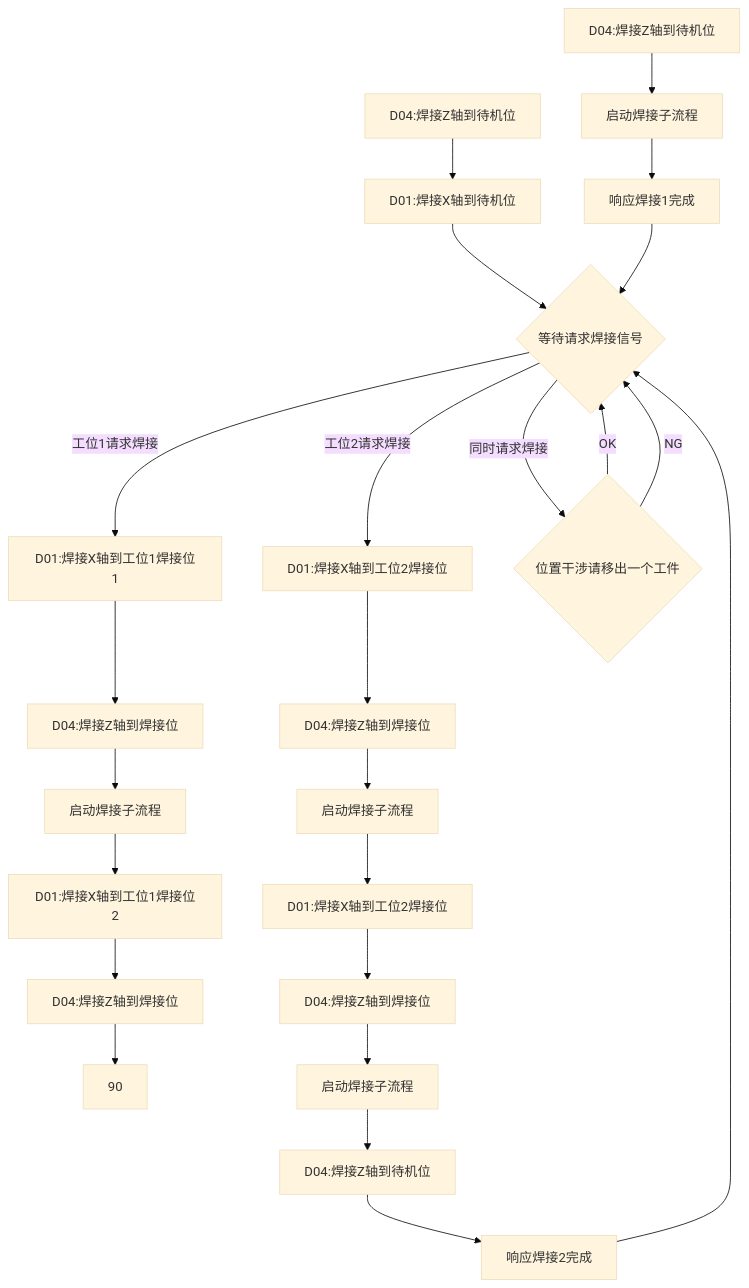
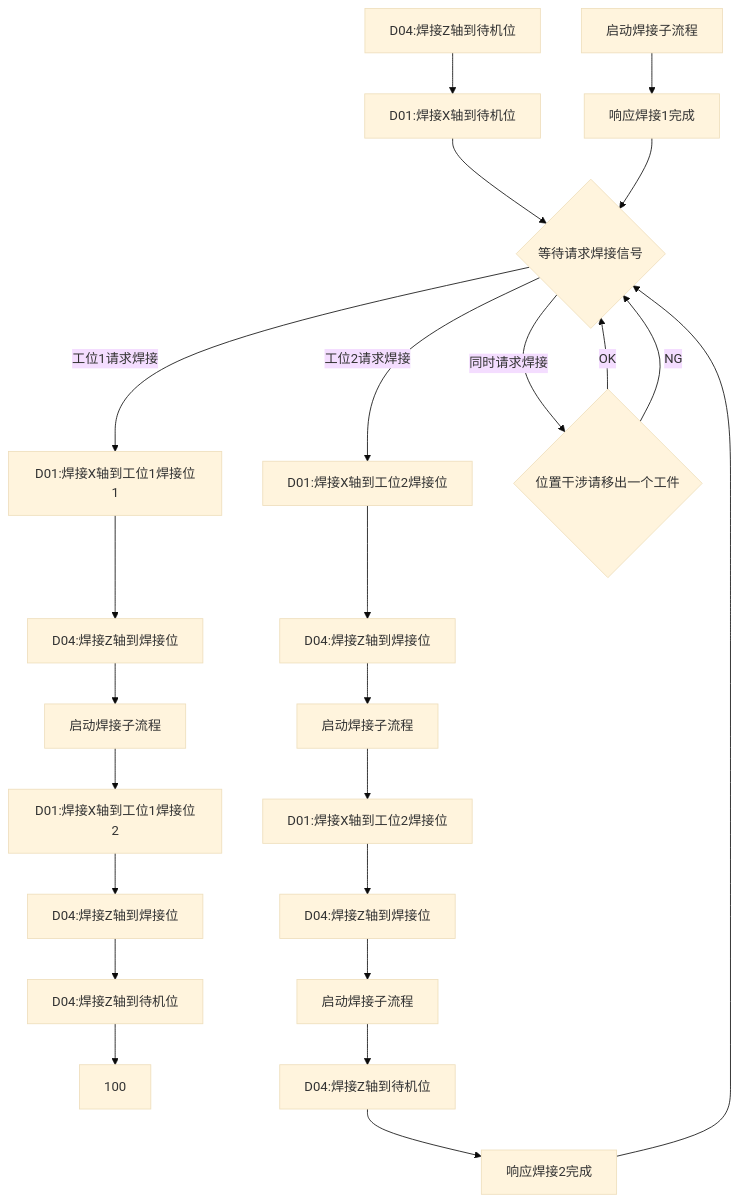
The diagram in all/OP20-1焊接工位自动流程.md (PengKun1/iodraw-files), drawn with Mermaid (base theme) before and after one commit.

Commit message:
2024-08-07 14:12:52 update

````diff
--- a/all/OP20-1焊接工位自动流程.md
+++ b/all/OP20-1焊接工位自动流程.md
@@ -1,26 +1,26 @@
 ```mermaid
 graph TD
 10[D04:焊接Z轴到待机位]-->20
 20[D01:焊接X轴到待机位]-->30
 30{等待请求焊接信号}-->|工位1请求焊接|40
 30-->|工位2请求焊接|200
 30-->|同时请求焊接|900
 40[D01:焊接X轴到工位1焊接位1]-->50
 50[D04:焊接Z轴到焊接位]-->60
 60[启动焊接子流程]-->70
 70[D01:焊接X轴到工位1焊接位2]-->80
 80[D04:焊接Z轴到焊接位]-->90
-100[D04:焊接Z轴到待机位]-->110
+90[D04:焊接Z轴到待机位]-->100
 110[启动焊接子流程]-->120
 120[响应焊接1完成]-->30
 200[D01:焊接X轴到工位2焊接位]-->210
 210[D04:焊接Z轴到焊接位]-->220
 220[启动焊接子流程]-->230
 230[D01:焊接X轴到工位2焊接位]-->240
 240[D04:焊接Z轴到焊接位]-->250
 250[启动焊接子流程]-->260
 260[D04:焊接Z轴到待机位]-->270
 270[响应焊接2完成]-->30
 900{位置干涉请移出一个工件}-->|OK|30
 900-->|NG|30
 ```
````
